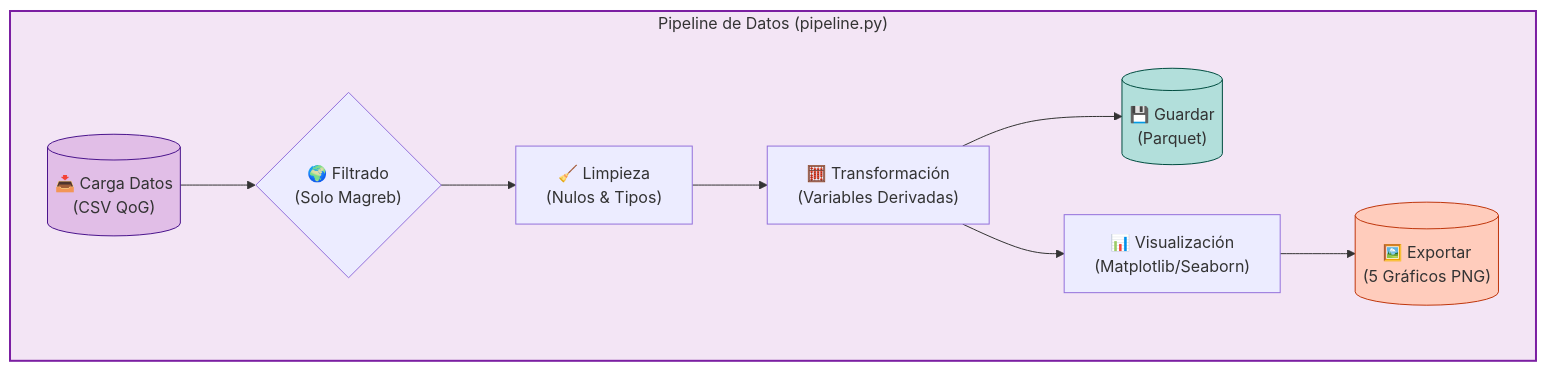
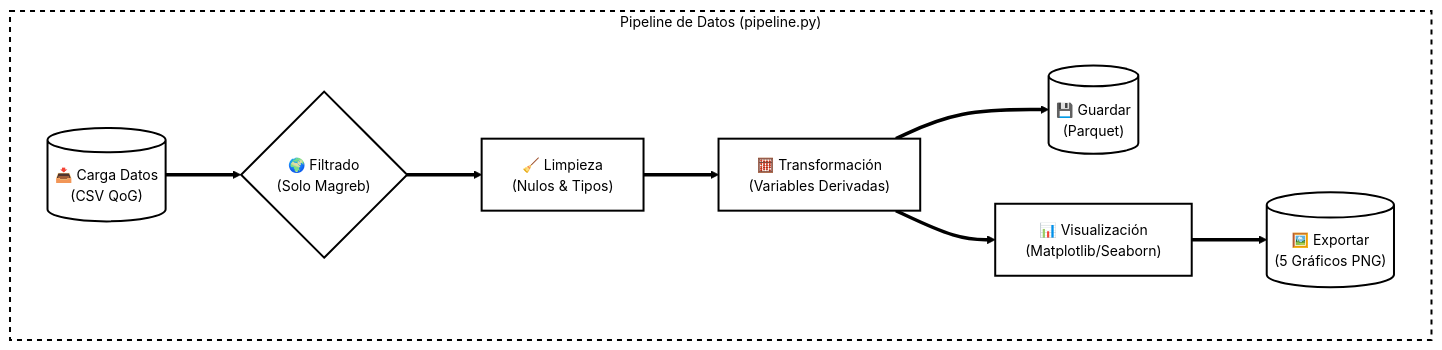
Before and after one commit to CarlosRivasplata/ejercicios-bigdata: the second of 2 diagrams in entregas/trabajo_final/rivasplata_carlos/01_README.md, drawn with Mermaid. The commit also changed other lines of this file and 1 other file, not shown here.

Commit message:
Estilo profesional Mermaid (Blanco y Negro)

````diff
--- a/entregas/trabajo_final/rivasplata_carlos/01_README.md
+++ b/entregas/trabajo_final/rivasplata_carlos/01_README.md
@@ -112,17 +110,18 @@
 ```mermaid
+%%{init: {'theme': 'base', 'themeVariables': { 'primaryColor': '#ffffff', 'edgeLabelBackground':'#ffffff', 'tertiaryColor': '#ffffff', 'mainBkg': '#ffffff', 'nodeBorder': '#000000', 'lineColor': '#000000', 'fontFamily': 'arial', 'fontSize': '14px'}}}%%
 graph LR
     subgraph ETL_Process ["Pipeline de Datos (pipeline.py)"]
         direction LR
-        A[("📥 Carga Datos<br>(CSV QoG)")] --> B{"🌍 Filtrado<br>(Solo Magreb)"}
-        B --> C["🧹 Limpieza<br>(Nulos & Tipos)"]
-        C --> D["🧮 Transformación<br>(Variables Derivadas)"]
-        D --> E[("💾 Guardar<br>(Parquet)")]
-        D --> F["📊 Visualización<br>(Matplotlib/Seaborn)"]
-        F --> G[("🖼️ Exportar<br>(5 Gráficos PNG)")]
+        A[("📥 Carga Datos<br>(CSV QoG)")] ==> B{"🌍 Filtrado<br>(Solo Magreb)"}
+        B ==> C["🧹 Limpieza<br>(Nulos & Tipos)"]
+        C ==> D["🧮 Transformación<br>(Variables Derivadas)"]
+        D ==> E[("💾 Guardar<br>(Parquet)")]
+        D ==> F["📊 Visualización<br>(Matplotlib/Seaborn)"]
+        F ==> G[("🖼️ Exportar<br>(5 Gráficos PNG)")]
     end
     
-    style ETL_Process fill:#f3e5f5,stroke:#7b1fa2,stroke-width:2px
-    style A fill:#e1bee7,stroke:#4a148c
-    style E fill:#b2dfdb,stroke:#004d40
-    style G fill:#ffccbc,stroke:#bf360c
+    %% Estilos Globales Profesionales
+    classDef default fill:#fff,stroke:#000,stroke-width:2px,color:#000;
+    classDef cluster fill:#fff,stroke:#000,stroke-width:2px,color:#000,stroke-dasharray: 5 5;
+    class ETL_Process cluster;
 ```
````
